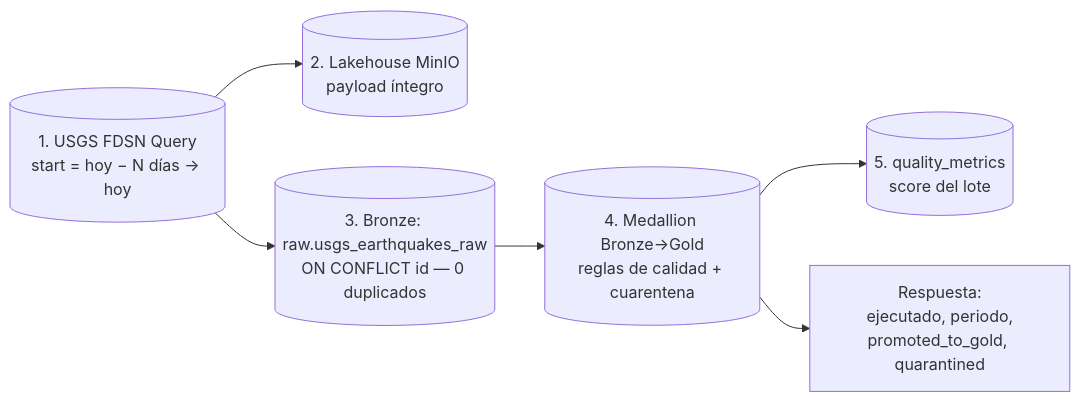
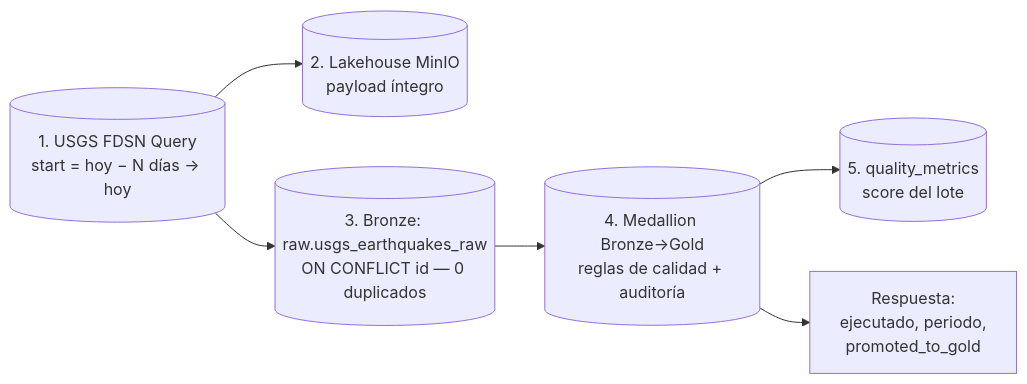
The fifth of 5 diagrams in README.md (EdgarCorzo777/prueba-desempe-o-octubre), drawn with Mermaid before and after one commit. The commit also changed other lines of this file, not shown here.

Commit message:
docs: README revisado - se describe la calidad de datos en terminos de auditoria de rechazos sin referencias externas al flujo de cuarentena

````diff
--- a/README.md
+++ b/README.md
@@ -322,8 +322,8 @@
 ```mermaid
 flowchart LR
     UF[("1. USGS FDSN Query<br/>start = hoy − N días → hoy")] --> MO[("2. Lakehouse MinIO<br/>payload íntegro")]
     UF --> BR2[("3. Bronze: raw.usgs_earthquakes_raw<br/>ON CONFLICT id — 0 duplicados")]
-    BR2 --> ME[("4. Medallion Bronze→Gold<br/>reglas de calidad + cuarentena")]
+    BR2 --> ME[("4. Medallion Bronze→Gold<br/>reglas de calidad + auditoría")]
     ME --> QM[("5. quality_metrics<br/>score del lote")]
-    ME --> RES["Respuesta:<br/>ejecutado, periodo,<br/>promoted_to_gold, quarantined"]
+    ME --> RES["Respuesta:<br/>ejecutado, periodo,<br/>promoted_to_gold"]
 ```
````
